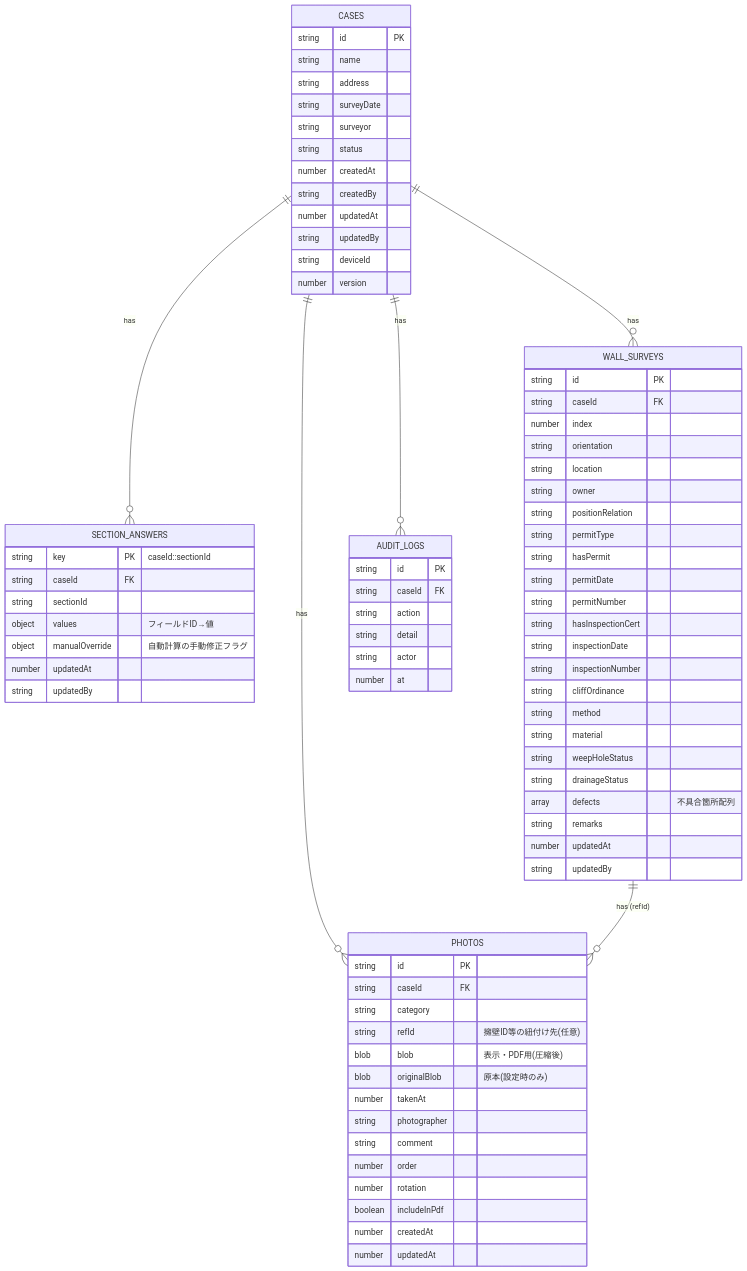
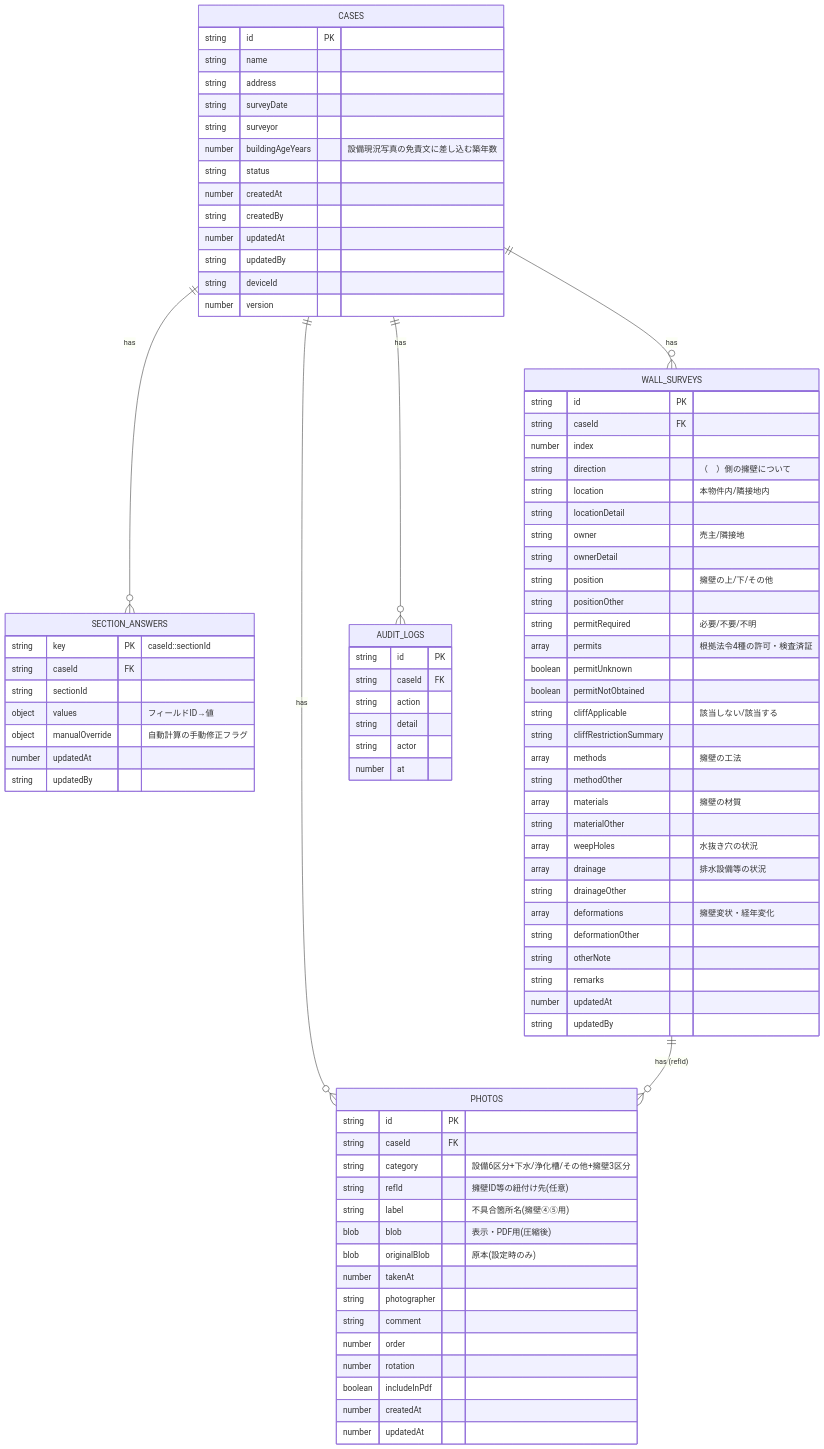
One commit to onihei5056/- changed the diagram in docs/db-design.md. Above: the diagram before and after it, drawn with Mermaid. The commit also changed 27 other files, not shown here.

```diff
--- a/docs/db-design.md
+++ b/docs/db-design.md
@@ -25,6 +25,7 @@
     string address
     string surveyDate
     string surveyor
+    number buildingAgeYears "設備現況写真の免責文に差し込む築年数"
     string status
     number createdAt
     string createdBy
@@ -45,8 +46,9 @@
   PHOTOS {
     string id PK
     string caseId FK
-    string category
+    string category "設備6区分+下水/浄化槽/その他+擁壁3区分"
     string refId "擁壁ID等の紐付け先(任意)"
+    string label "不具合箇所名(擁壁④⑤用)"
     blob blob "表示・PDF用(圧縮後)"
     blob originalBlob "原本(設定時のみ)"
     number takenAt
@@ -62,23 +64,29 @@
     string id PK
     string caseId FK
     number index
-    string orientation
-    string location
-    string owner
-    string positionRelation
-    string permitType
-    string hasPermit
-    string permitDate
-    string permitNumber
-    string hasInspectionCert
-    string inspectionDate
-    string inspectionNumber
-    string cliffOrdinance
-    string method
-    string material
-    string weepHoleStatus
-    string drainageStatus
-    array defects "不具合箇所配列"
+    string direction "（　）側の擁壁について"
+    string location "本物件内/隣接地内"
+    string locationDetail
+    string owner "売主/隣接地"
+    string ownerDetail
+    string position "擁壁の上/下/その他"
+    string positionOther
+    string permitRequired "必要/不要/不明"
+    array permits "根拠法令4種の許可・検査済証"
+    boolean permitUnknown
+    boolean permitNotObtained
+    string cliffApplicable "該当しない/該当する"
+    string cliffRestrictionSummary
+    array methods "擁壁の工法"
+    string methodOther
+    array materials "擁壁の材質"
+    string materialOther
+    array weepHoles "水抜き穴の状況"
+    array drainage "排水設備等の状況"
+    string drainageOther
+    array deformations "擁壁変状・経年変化"
+    string deformationOther
+    string otherNote
     string remarks
     number updatedAt
     string updatedBy
```
